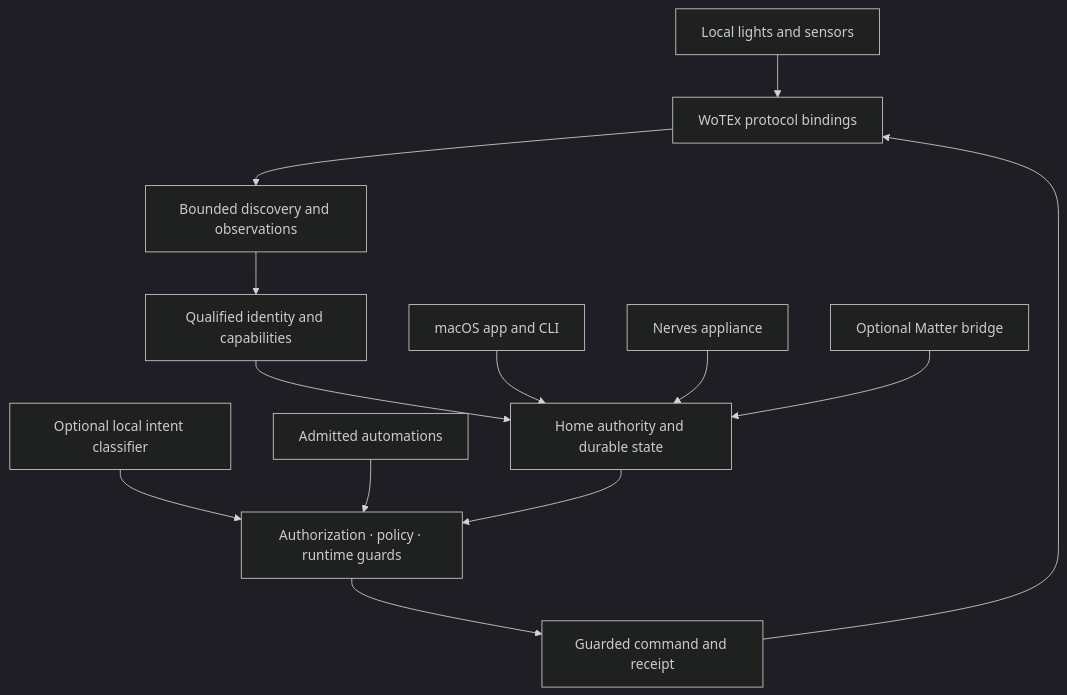
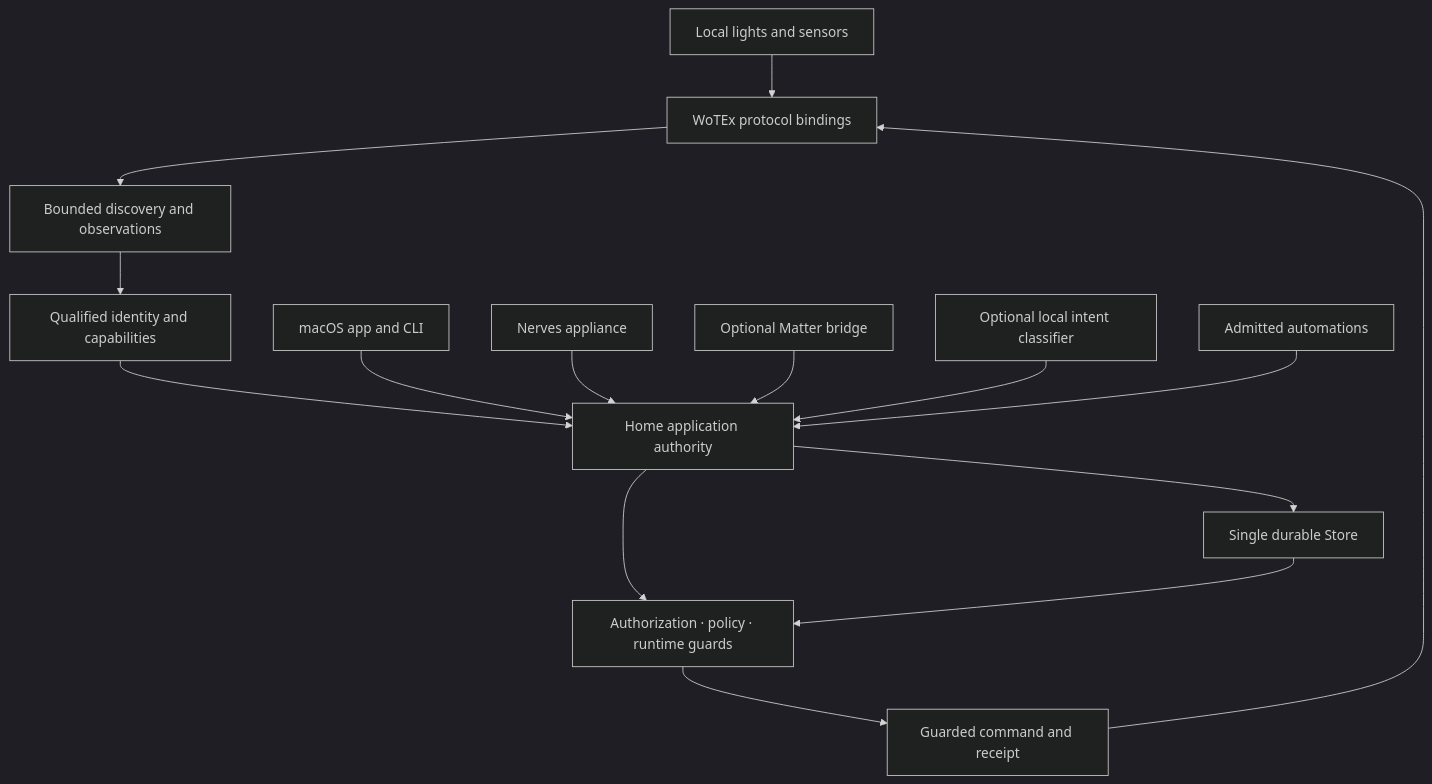
The diagram in README.md (wotex-project/wotex-home), drawn with Mermaid (dark theme) before and after one commit. The commit also changed other lines of this file and 130 other files, not shown here.

Commit message:
feat: resolve authority, durable guards, and compiled rule foundation

````diff
--- a/README.md
+++ b/README.md
@@ -32,23 +32,26 @@
 ```mermaid
 flowchart TB
     Devices["Local lights and sensors"]
     Transport["WoTEx protocol bindings"]
     Evidence["Bounded discovery and observations"]
     Profile["Qualified identity and capabilities"]
-    Store["Home authority and durable state"]
+    Authority["Home application authority"]
+    Store["Single durable Store"]
     Gate["Authorization · policy · runtime guards"]
     Dispatch["Guarded command and receipt"]
     Rules["Admitted automations"]
     Intent["Optional local intent classifier"]
     Mac["macOS app and CLI"]
     Pi["Nerves appliance"]
     Matter["Optional Matter bridge"]
 
-    Devices --> Transport --> Evidence --> Profile --> Store
-    Mac --> Store
-    Pi --> Store
-    Matter --> Store
-    Intent --> Gate
-    Rules --> Gate
-    Store --> Gate --> Dispatch --> Transport
+    Devices --> Transport --> Evidence --> Profile --> Authority
+    Mac --> Authority
+    Pi --> Authority
+    Matter --> Authority
+    Intent --> Authority
+    Rules --> Authority
+    Authority --> Store
+    Authority --> Gate --> Dispatch --> Transport
+    Store --> Gate
 ```
````
